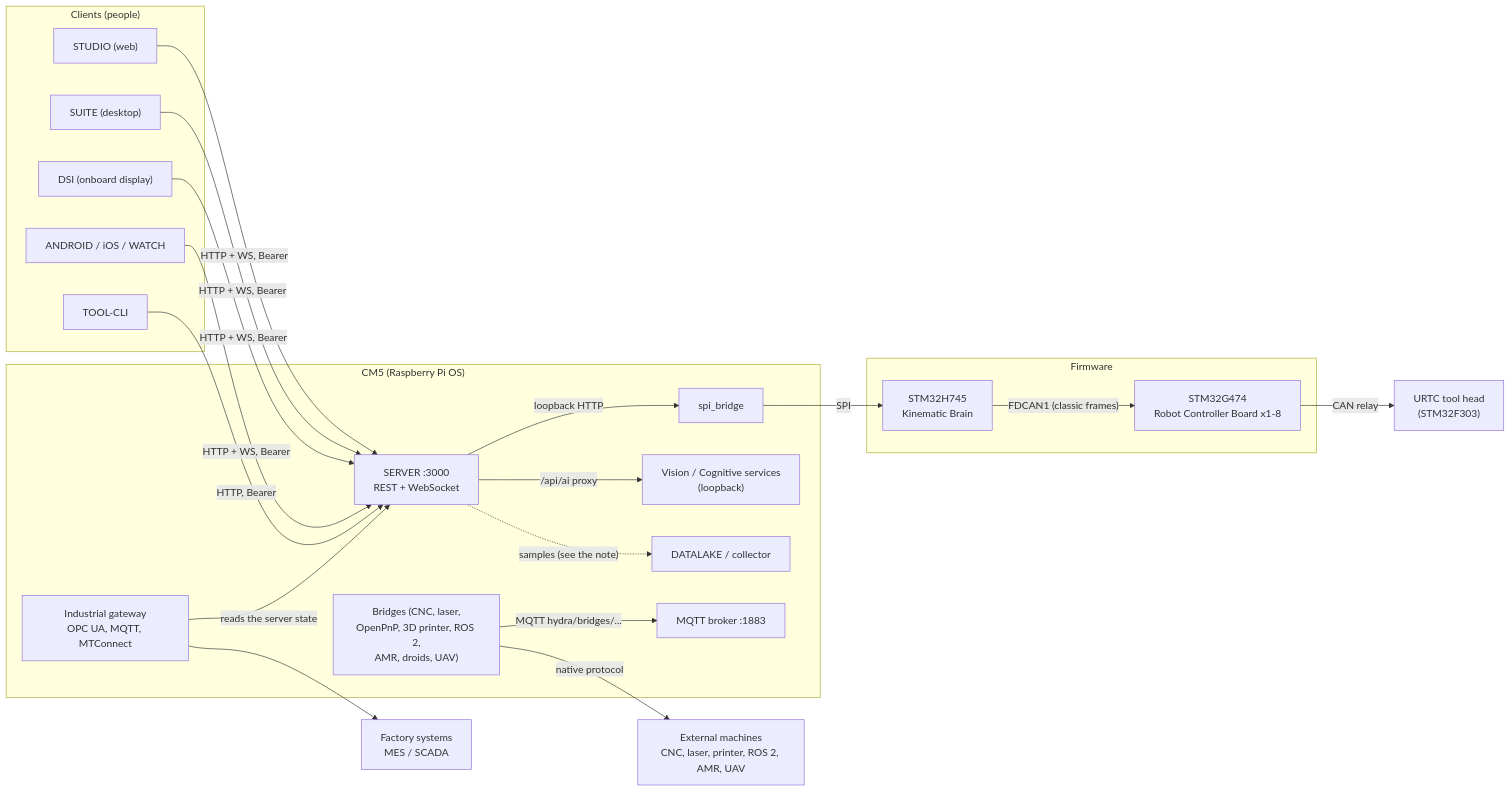
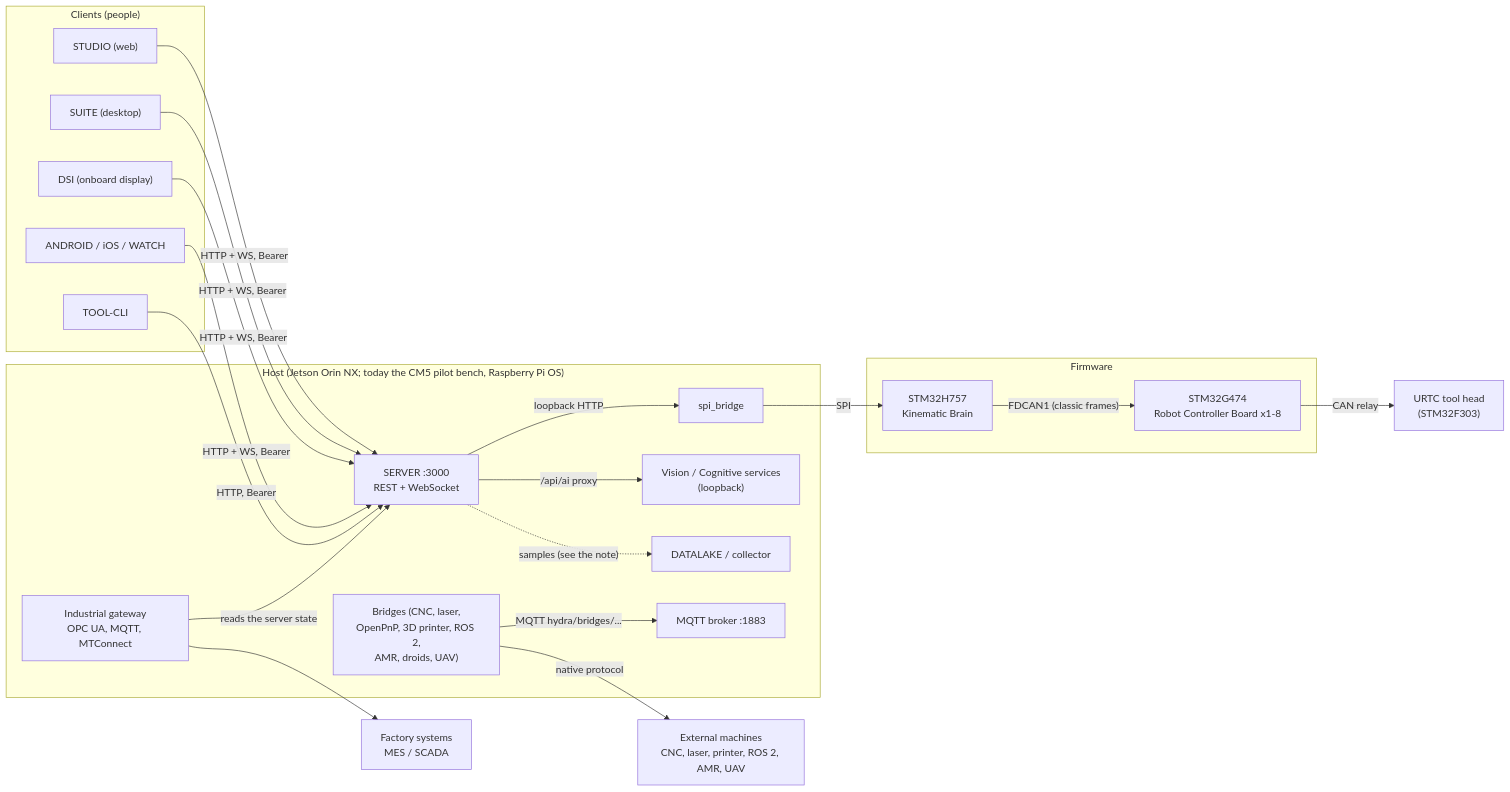
One commit to JuanenRac/HYDRA-UMC-DOCS changed the diagram in docs/ARCHITECTURE.md. Above: the diagram before and after it, drawn with Mermaid. The commit also changed other lines of this file and 560 other files, not shown here.

Commit message:
Name the STM32H757 and the NVIDIA Jetson Orin NX as the target in the documentation, keeping the CM5 as the pilot bench

````diff
--- a/docs/ARCHITECTURE.md
+++ b/docs/ARCHITECTURE.md
@@ -37,42 +39,42 @@
 ```mermaid
 flowchart LR
   subgraph clients["Clients (people)"]
     ST["STUDIO (web)"]
     SU["SUITE (desktop)"]
     DS["DSI (onboard display)"]
     MO["ANDROID / iOS / WATCH"]
     CLI["TOOL-CLI"]
   end
-  subgraph cm5["CM5 (Raspberry Pi OS)"]
+  subgraph cm5["Host (Jetson Orin NX; today the CM5 pilot bench, Raspberry Pi OS)"]
     SV["SERVER :3000<br/>REST + WebSocket"]
     SB["spi_bridge"]
     AI["Vision / Cognitive services<br/>(loopback)"]
     GW["Industrial gateway<br/>OPC UA, MQTT, MTConnect"]
     BR["Bridges (CNC, laser,<br/>OpenPnP, 3D printer, ROS 2,<br/>AMR, droids, UAV)"]
     MQ["MQTT broker :1883"]
     DL["DATALAKE / collector"]
   end
   subgraph mcu["Firmware"]
-    H7["STM32H745<br/>Kinematic Brain"]
+    H7["STM32H757<br/>Kinematic Brain"]
     G4["STM32G474<br/>Robot Controller Board x1-8"]
   end
   TH["URTC tool head<br/>(STM32F303)"]
   EXT["External machines<br/>CNC, laser, printer, ROS 2, AMR, UAV"]
   FAC["Factory systems<br/>MES / SCADA"]
 
   ST -->|"HTTP + WS, Bearer"| SV
   SU -->|"HTTP + WS, Bearer"| SV
   DS -->|"HTTP + WS, Bearer"| SV
   MO -->|"HTTP + WS, Bearer"| SV
   CLI -->|"HTTP, Bearer"| SV
   SV -->|"loopback HTTP"| SB
   SB -->|"SPI"| H7
   H7 -->|"FDCAN1 (classic frames)"| G4
   G4 -->|"CAN relay"| TH
   SV -->|"/api/ai proxy"| AI
   GW -->|"reads the server state"| SV
   GW --> FAC
   BR -->|"MQTT hydra/bridges/..."| MQ
   BR -->|"native protocol"| EXT
   SV -.->|"samples (see the note)"| DL
 ```
````
